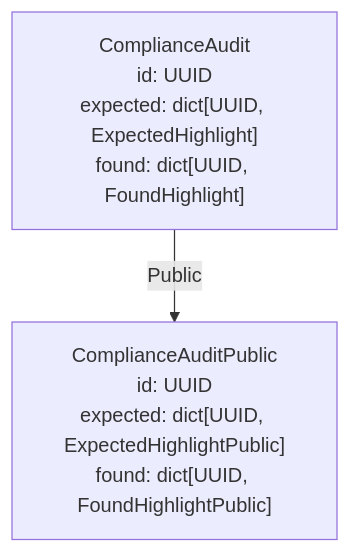
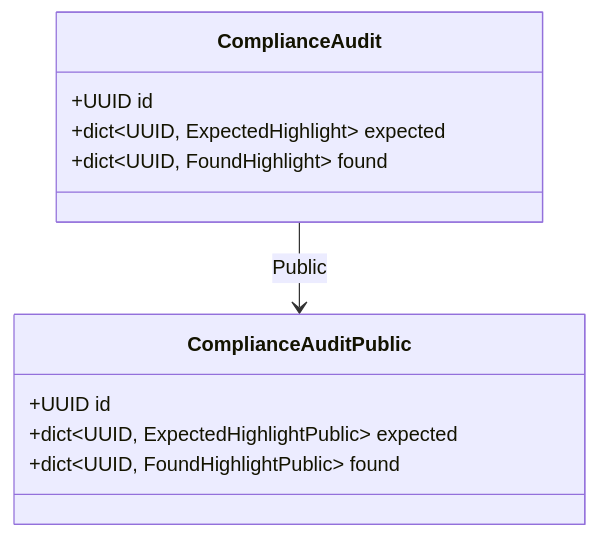
The second of 6 diagrams in examples/dict_keyed_refs/README.md (release-art/pydantic-prism), drawn with Mermaid before and after one commit. The commit also changed other lines of this file and 7 other files, not shown here.

````diff
--- a/examples/dict_keyed_refs/README.md
+++ b/examples/dict_keyed_refs/README.md
@@ -17,7 +17,15 @@
 ```mermaid
-graph TD
-    ComplianceAudit["ComplianceAudit<br/>id: UUID<br/>expected: dict[UUID, ExpectedHighlight]<br/>found: dict[UUID, FoundHighlight]"]
-    ComplianceAuditPublic["ComplianceAuditPublic<br/>id: UUID<br/>expected: dict[UUID, ExpectedHighlightPublic]<br/>found: dict[UUID, FoundHighlightPublic]"]
-    ComplianceAudit -->|"Public"| ComplianceAuditPublic
-    classDef partial stroke-dasharray: 5 5;
+classDiagram
+    direction TB
+    class ComplianceAudit {
+        +UUID id
+        +dict~UUID, ExpectedHighlight~ expected
+        +dict~UUID, FoundHighlight~ found
+    }
+    class ComplianceAuditPublic {
+        +UUID id
+        +dict~UUID, ExpectedHighlightPublic~ expected
+        +dict~UUID, FoundHighlightPublic~ found
+    }
+    ComplianceAudit --> ComplianceAuditPublic : Public
 ```
````
